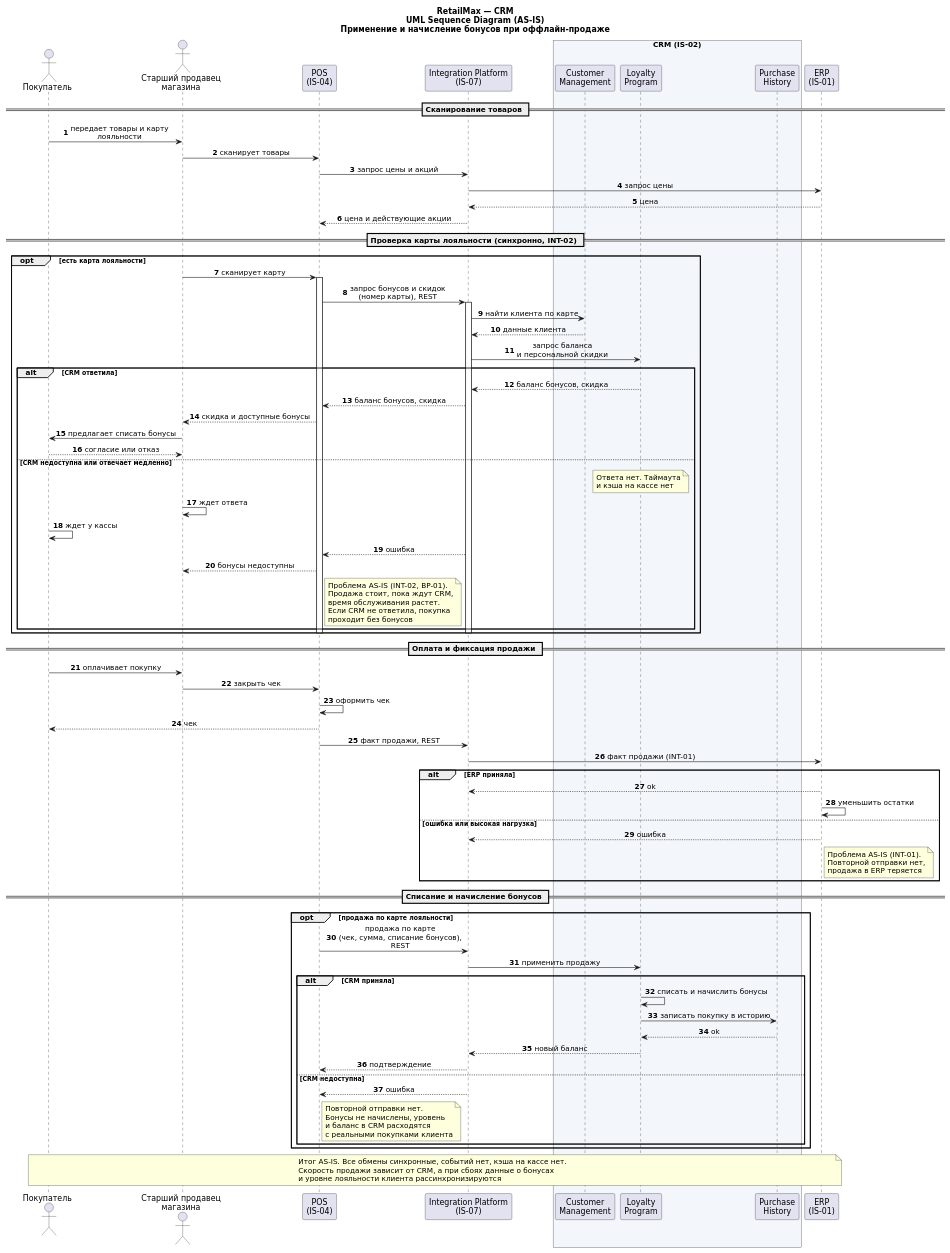
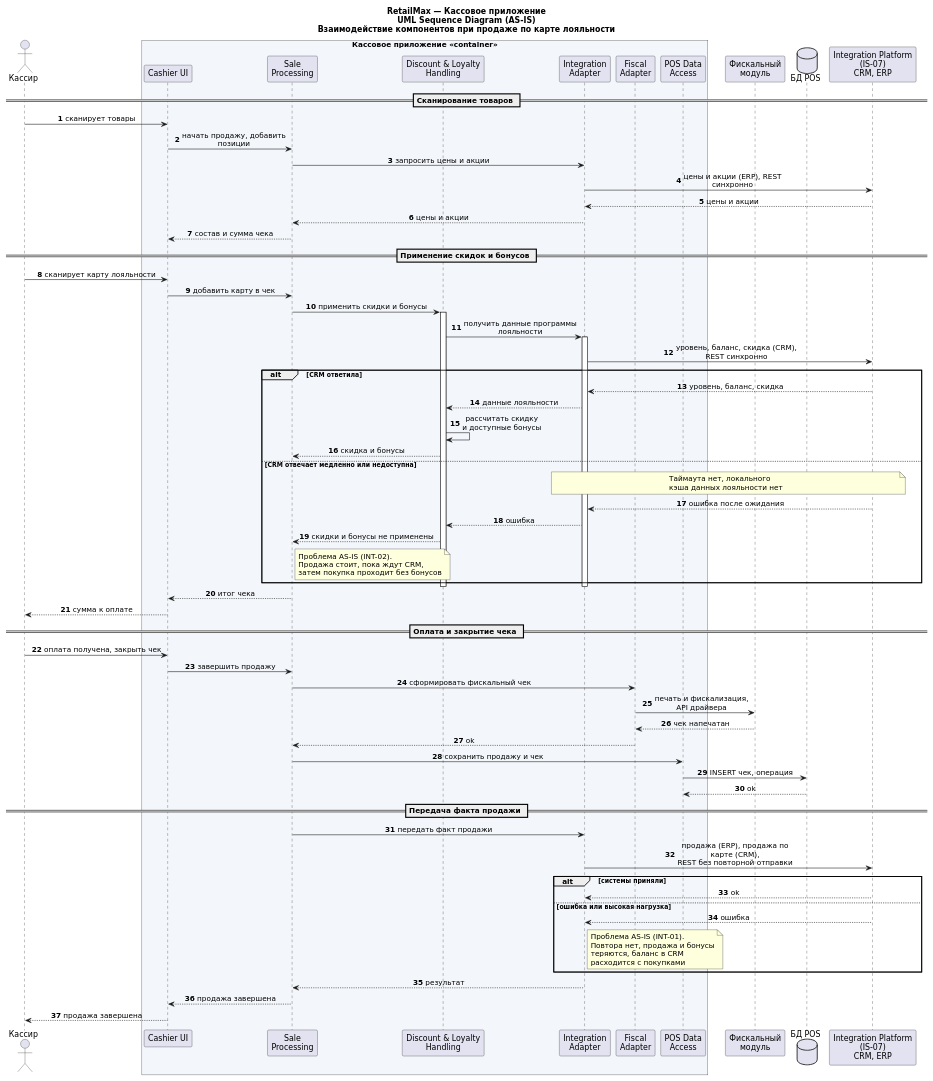
One commit to rsingatulin/hse_architecture changed the diagram in 01_sales_domain/06_Architecture_Models/UML/sales_sequence_UML_AS_IS.puml. Above: the diagram before and after it, drawn with PlantUML. The commit also changed 3 other files, not shown here.

Commit message:
Sequence UML переделана

```diff
--- a/01_sales_domain/06_Architecture_Models/UML/sales_sequence_UML_AS_IS.puml
+++ b/01_sales_domain/06_Architecture_Models/UML/sales_sequence_UML_AS_IS.puml
@@ -1,143 +1,129 @@
 @startuml sales_sequence_UML_AS_IS
 
 skinparam shadowing false
 skinparam defaultFontName DejaVu Sans
 skinparam sequenceMessageAlign center
 skinparam responseMessageBelowArrow true
-skinparam maxMessageSize 230
+skinparam maxMessageSize 220
 autonumber
 
-title RetailMax — CRM\nUML Sequence Diagram (AS-IS)\nПрименение и начисление бонусов при оффлайн-продаже
+title
+RetailMax — Кассовое приложение
+UML Sequence Diagram (AS-IS)
+Взаимодействие компонентов при продаже по карте лояльности
+end title
 
 ' ==========================================
-' Участники (по C4 Context и UML Component)
+' Участники (по C4 Container и UML Component)
 ' ==========================================
 
-actor "Покупатель" as Customer
-actor "Старший продавец\nмагазина" as Seller
-participant "POS\n(IS-04)" as POS
-participant "Integration Platform\n(IS-07)" as IP
+actor "Кассир" as Cashier
 
-box "CRM (IS-02)" #F3F6FA
-  participant "Customer\nManagement" as CM
-  participant "Loyalty\nProgram" as LP
-  participant "Purchase\nHistory" as PH
+box "Кассовое приложение <<container>>" #F3F6FA
+  participant "Cashier UI" as UI
+  participant "Sale\nProcessing" as Sale
+  participant "Discount & Loyalty\nHandling" as Loyalty
+  participant "Integration\nAdapter" as Integration
+  participant "Fiscal\nAdapter" as FiscalAdapter
+  participant "POS Data\nAccess" as DataAccess
 end box
 
-participant "ERP\n(IS-01)" as ERP
+participant "Фискальный\nмодуль" as Fiscal
+database "БД POS" as POS_DB
+participant "Integration Platform\n(IS-07)\nCRM, ERP" as IP
 
 ' ==========================================
 ' 1. Сканирование товаров
 ' ==========================================
 
 == Сканирование товаров ==
 
-Customer -> Seller : передает товары и карту лояльности
-Seller -> POS : сканирует товары
-POS -> IP : запрос цены и акций
-IP -> ERP : запрос цены
-ERP --> IP : цена
-IP --> POS : цена и действующие акции
+Cashier -> UI : сканирует товары
+UI -> Sale : начать продажу, добавить позиции
+Sale -> Integration : запросить цены и акции
+Integration -> IP : цены и акции (ERP), REST синхронно
+IP --> Integration : цены и акции
+Integration --> Sale : цены и акции
+Sale --> UI : состав и сумма чека
 
 ' ==========================================
-' 2. Проверка карты лояльности
+' 2. Карта лояльности
 ' ==========================================
 
-== Проверка карты лояльности (синхронно, INT-02) ==
+== Применение скидок и бонусов ==
 
-opt есть карта лояльности
-  Seller -> POS : сканирует карту
-  activate POS
-  POS -> IP : запрос бонусов и скидок\n(номер карты), REST
-  activate IP
-  IP -> CM : найти клиента по карте
-  CM --> IP : данные клиента
-  IP -> LP : запрос баланса\nи персональной скидки
+Cashier -> UI : сканирует карту лояльности
+UI -> Sale : добавить карту в чек
+Sale -> Loyalty : применить скидки и бонусы
+activate Loyalty
+Loyalty -> Integration : получить данные программы лояльности
+activate Integration
+Integration -> IP : уровень, баланс, скидка (CRM),\nREST синхронно
 
-  alt CRM ответила
-    LP --> IP : баланс бонусов, скидка
-    IP --> POS : баланс бонусов, скидка
-    POS --> Seller : скидка и доступные бонусы
-    Seller -> Customer : предлагает списать бонусы
-    Customer --> Seller : согласие или отказ
-  else CRM недоступна или отвечает медленно
-    note over LP
-      Ответа нет. Таймаута
-      и кэша на кассе нет
-    end note
-    Seller -> Seller : ждет ответа
-    Customer -> Customer : ждет у кассы
-    IP --> POS : ошибка
-    POS --> Seller : бонусы недоступны
-    note right of POS
-      Проблема AS-IS (INT-02, BP-01).
-      Продажа стоит, пока ждут CRM,
-      время обслуживания растет.
-      Если CRM не ответила, покупка
-      проходит без бонусов
-    end note
-  end
-  deactivate IP
-  deactivate POS
+alt CRM ответила
+  IP --> Integration : уровень, баланс, скидка
+  Integration --> Loyalty : данные лояльности
+  Loyalty -> Loyalty : рассчитать скидку\nи доступные бонусы
+  Loyalty --> Sale : скидка и бонусы
+else CRM отвечает медленно или недоступна
+  note over Integration, IP
+    Таймаута нет, локального
+    кэша данных лояльности нет
+  end note
+  IP --> Integration : ошибка после ожидания
+  Integration --> Loyalty : ошибка
+  Loyalty --> Sale : скидки и бонусы не применены
+  note right of Sale
+    Проблема AS-IS (INT-02).
+    Продажа стоит, пока ждут CRM,
+    затем покупка проходит без бонусов
+  end note
 end
+deactivate Integration
+deactivate Loyalty
+
+Sale --> UI : итог чека
+UI --> Cashier : сумма к оплате
 
 ' ==========================================
-' 3. Оплата и отправка продажи
+' 3. Закрытие чека
 ' ==========================================
 
-== Оплата и фиксация продажи ==
+== Оплата и закрытие чека ==
 
-Customer -> Seller : оплачивает покупку
-Seller -> POS : закрыть чек
-POS -> POS : оформить чек
-POS --> Customer : чек
+Cashier -> UI : оплата получена, закрыть чек
+UI -> Sale : завершить продажу
+Sale -> FiscalAdapter : сформировать фискальный чек
+FiscalAdapter -> Fiscal : печать и фискализация,\nAPI драйвера
+Fiscal --> FiscalAdapter : чек напечатан
+FiscalAdapter --> Sale : ok
+Sale -> DataAccess : сохранить продажу и чек
+DataAccess -> POS_DB : INSERT чек, операция
+POS_DB --> DataAccess : ok
 
-POS -> IP : факт продажи, REST
-IP -> ERP : факт продажи (INT-01)
+' ==========================================
+' 4. Передача продажи
+' ==========================================
 
-alt ERP приняла
-  ERP --> IP : ok
-  ERP -> ERP : уменьшить остатки
+== Передача факта продажи ==
+
+Sale -> Integration : передать факт продажи
+Integration -> IP : продажа (ERP), продажа по карте (CRM),\nREST без повторной отправки
+
+alt системы приняли
+  IP --> Integration : ok
 else ошибка или высокая нагрузка
-  ERP --> IP : ошибка
-  note right of ERP
+  IP --> Integration : ошибка
+  note right of Integration
     Проблема AS-IS (INT-01).
-    Повторной отправки нет,
-    продажа в ERP теряется
+    Повтора нет, продажа и бонусы
+    теряются, баланс в CRM
+    расходится с покупками
   end note
 end
 
-' ==========================================
-' 4. Списание и начисление бонусов
-' ==========================================
-
-== Списание и начисление бонусов ==
-
-opt продажа по карте лояльности
-  POS -> IP : продажа по карте\n(чек, сумма, списание бонусов), REST
-  IP -> LP : применить продажу
-
-  alt CRM приняла
-    LP -> LP : списать и начислить бонусы
-    LP -> PH : записать покупку в историю
-    PH --> LP : ok
-    LP --> IP : новый баланс
-    IP --> POS : подтверждение
-  else CRM недоступна
-    IP --> POS : ошибка
-    note right of POS
-      Повторной отправки нет.
-      Бонусы не начислены, уровень
-      и баланс в CRM расходятся
-      с реальными покупками клиента
-    end note
-  end
-end
-
-note over Customer, ERP
-  Итог AS-IS. Все обмены синхронные, событий нет, кэша на кассе нет.
-  Скорость продажи зависит от CRM, а при сбоях данные о бонусах
-  и уровне лояльности клиента рассинхронизируются
-end note
+Integration --> Sale : результат
+Sale --> UI : продажа завершена
+UI --> Cashier : продажа завершена
 
 @enduml
```
